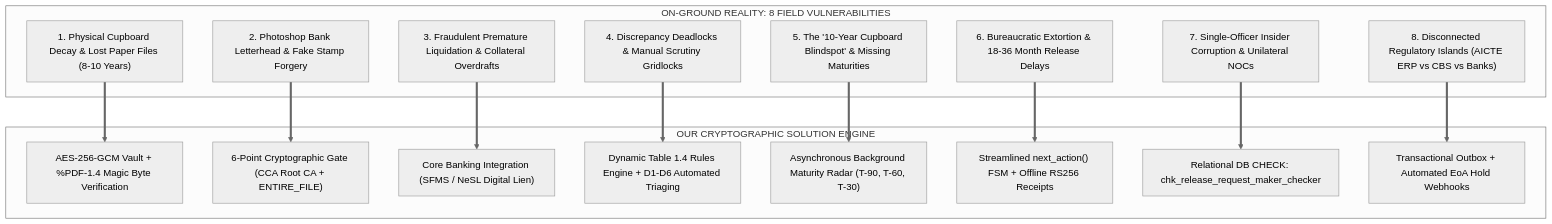
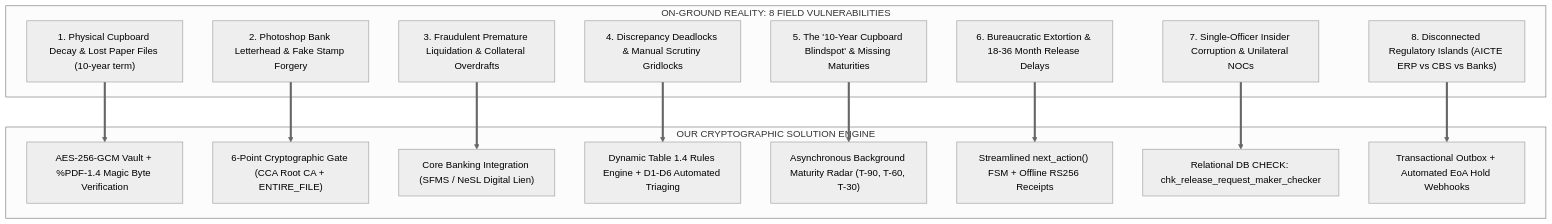
Before and after one commit to Sidd2721/AICTE-: the first of 2 diagrams in docs/ONGROUND_REALITY_AND_SOLUTION.md, drawn with Mermaid (neutral theme). The commit also changed other lines of this file and 24 other files, not shown here.

````diff
--- a/docs/ONGROUND_REALITY_AND_SOLUTION.md
+++ b/docs/ONGROUND_REALITY_AND_SOLUTION.md
@@ -27,33 +27,33 @@
 ```mermaid
 flowchart TD
     subgraph Reality ["ON-GROUND REALITY: 8 FIELD VULNERABILITIES"]
-        P1["1. Physical Cupboard Decay & Lost Paper Files (8-10 Years)"]
+        P1["1. Physical Cupboard Decay & Lost Paper Files (10-year term)"]
         P2["2. Photoshop Bank Letterhead & Fake Stamp Forgery"]
         P3["3. Fraudulent Premature Liquidation & Collateral Overdrafts"]
         P4["4. Discrepancy Deadlocks & Manual Scrutiny Gridlocks"]
         P5["5. The '10-Year Cupboard Blindspot' & Missing Maturities"]
         P6["6. Bureaucratic Extortion & 18-36 Month Release Delays"]
         P7["7. Single-Officer Insider Corruption & Unilateral NOCs"]
         P8["8. Disconnected Regulatory Islands (AICTE ERP vs CBS vs Banks)"]
     end
 
     subgraph Solution ["OUR CRYPTOGRAPHIC SOLUTION ENGINE"]
         S1["AES-256-GCM Vault + %PDF-1.4 Magic Byte Verification"]
         S2["6-Point Cryptographic Gate (CCA Root CA + ENTIRE_FILE)"]
         S3["Core Banking Integration (SFMS / NeSL Digital Lien)"]
         S4["Dynamic Table 1.4 Rules Engine + D1-D6 Automated Triaging"]
         S5["Asynchronous Background Maturity Radar (T-90, T-60, T-30)"]
         S6["Streamlined next_action() FSM + Offline RS256 Receipts"]
         S7["Relational DB CHECK: chk_release_request_maker_checker"]
         S8["Transactional Outbox + Automated EoA Hold Webhooks"]
     end
 
     P1 ==> S1
     P2 ==> S2
     P3 ==> S3
     P4 ==> S4
     P5 ==> S5
     P6 ==> S6
     P7 ==> S7
     P8 ==> S8
 ```
````
